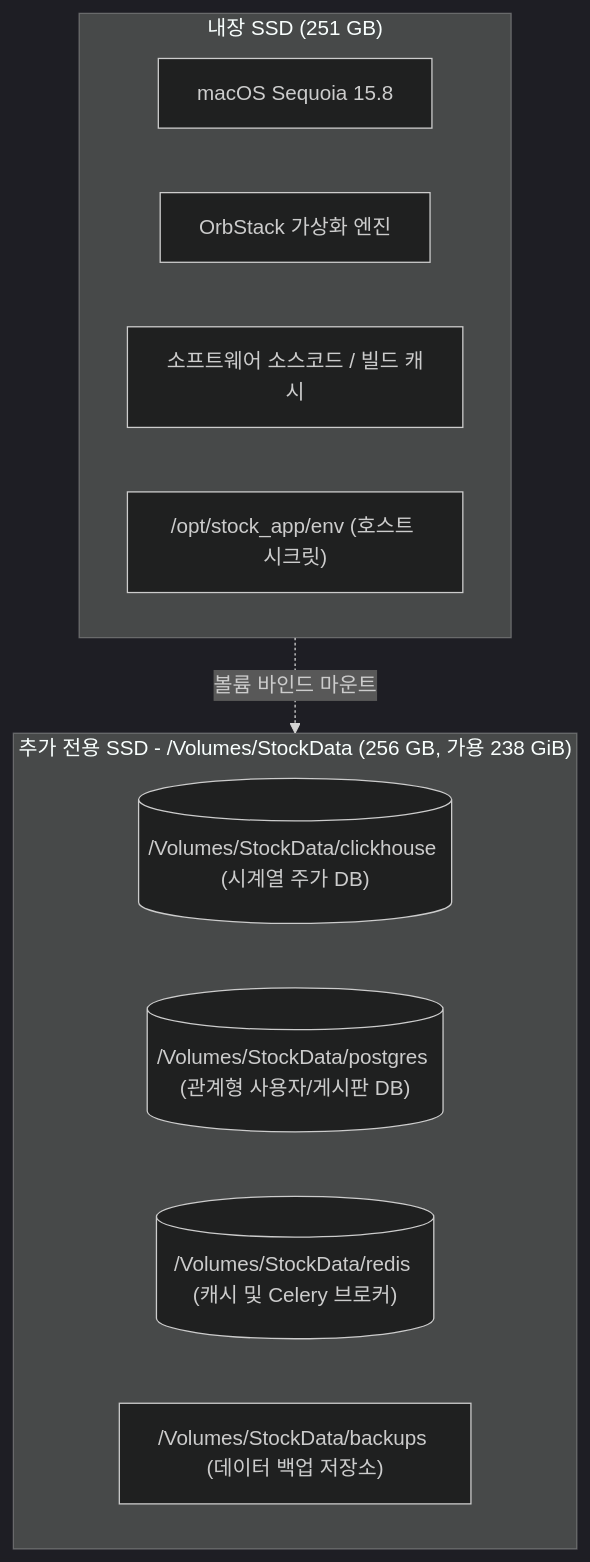
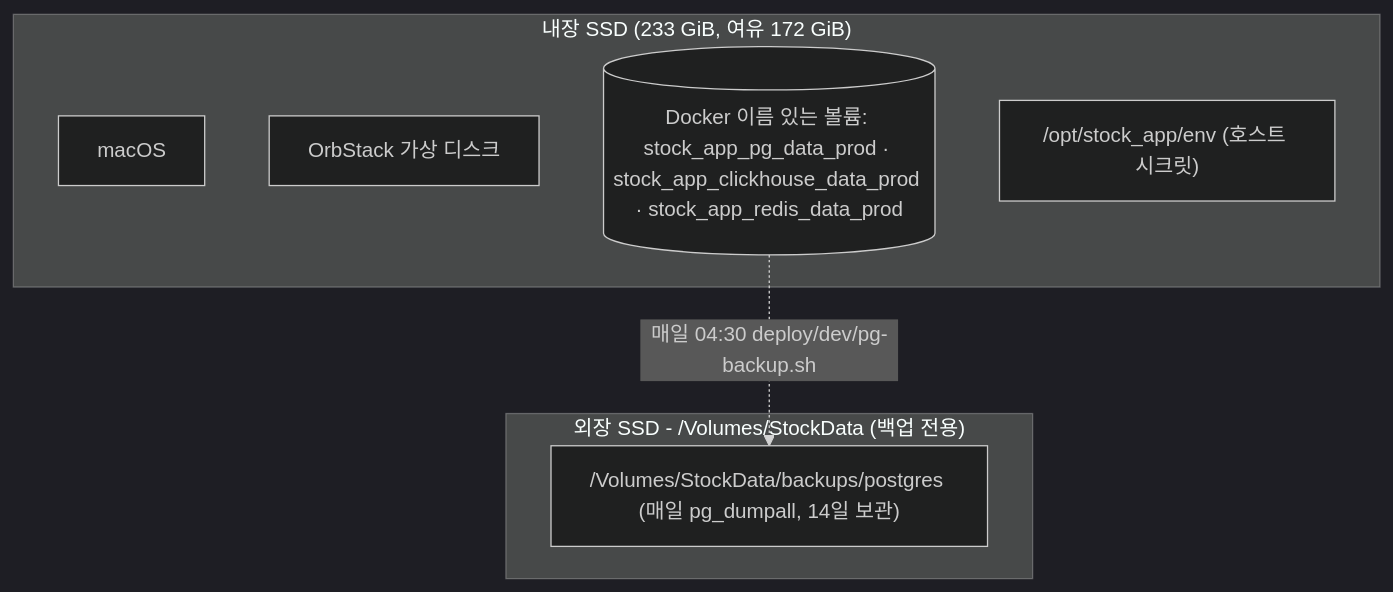
The diagram in docs/macmini_setup_progress.md (kyuseokyi/stock_app), drawn with Mermaid (dark theme) before and after one commit. The commit also changed other lines of this file and 6 other files, not shown here.

First line of the commit message:
docs(deploy): 개발 DB 내장 디스크 이동 기록 + 매일 PG 백업 스크립트(외장 SSD)

````diff
--- a/docs/macmini_setup_progress.md
+++ b/docs/macmini_setup_progress.md
@@ -32,18 +32,15 @@
 ```mermaid
 flowchart TD
-    subgraph InternalSSD["내장 SSD (251 GB)"]
-        OS["macOS Sequoia 15.8"]
-        OrbEngine["OrbStack 가상화 엔진"]
-        SrcCode["소프트웨어 소스코드 / 빌드 캐시"]
+    subgraph InternalSSD["내장 SSD (233 GiB, 여유 172 GiB)"]
+        OS["macOS"]
+        OrbEngine["OrbStack 가상 디스크"]
+        Vols[("Docker 이름 있는 볼륨: stock_app_pg_data_prod · stock_app_clickhouse_data_prod · stock_app_redis_data_prod")]
         EnvDir["/opt/stock_app/env (호스트 시크릿)"]
     end
 
-    subgraph SecondarySSD["추가 전용 SSD - /Volumes/StockData (256 GB, 가용 238 GiB)"]
-        CH_Data[("/Volumes/StockData/clickhouse (시계열 주가 DB)")]
-        PG_Data[("/Volumes/StockData/postgres (관계형 사용자/게시판 DB)")]
-        RD_Data[("/Volumes/StockData/redis (캐시 및 Celery 브로커)")]
-        BK_Data["/Volumes/StockData/backups (데이터 백업 저장소)"]
+    subgraph SecondarySSD["외장 SSD - /Volumes/StockData (백업 전용)"]
+        BK_Data["/Volumes/StockData/backups/postgres (매일 pg_dumpall, 14일 보관)"]
     end
 
-    InternalSSD -.->|볼륨 바인드 마운트| SecondarySSD
+    Vols -.->|매일 04:30 deploy/dev/pg-backup.sh| BK_Data
 ```
````
